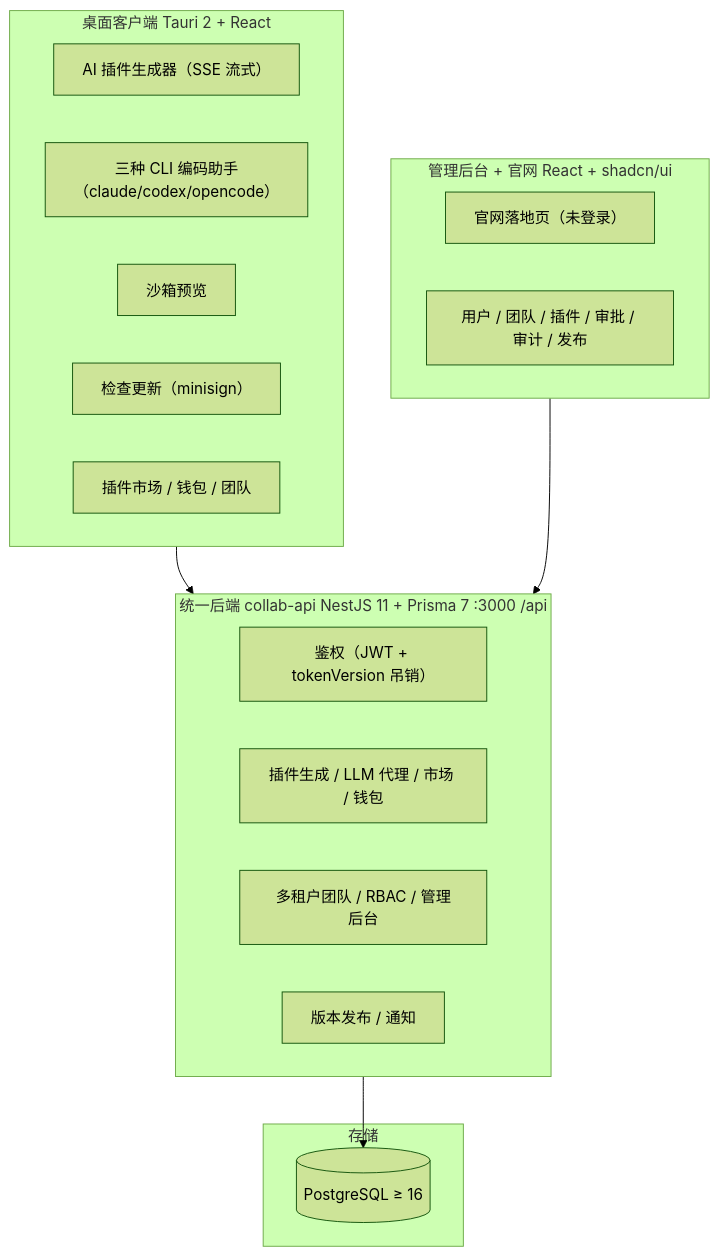
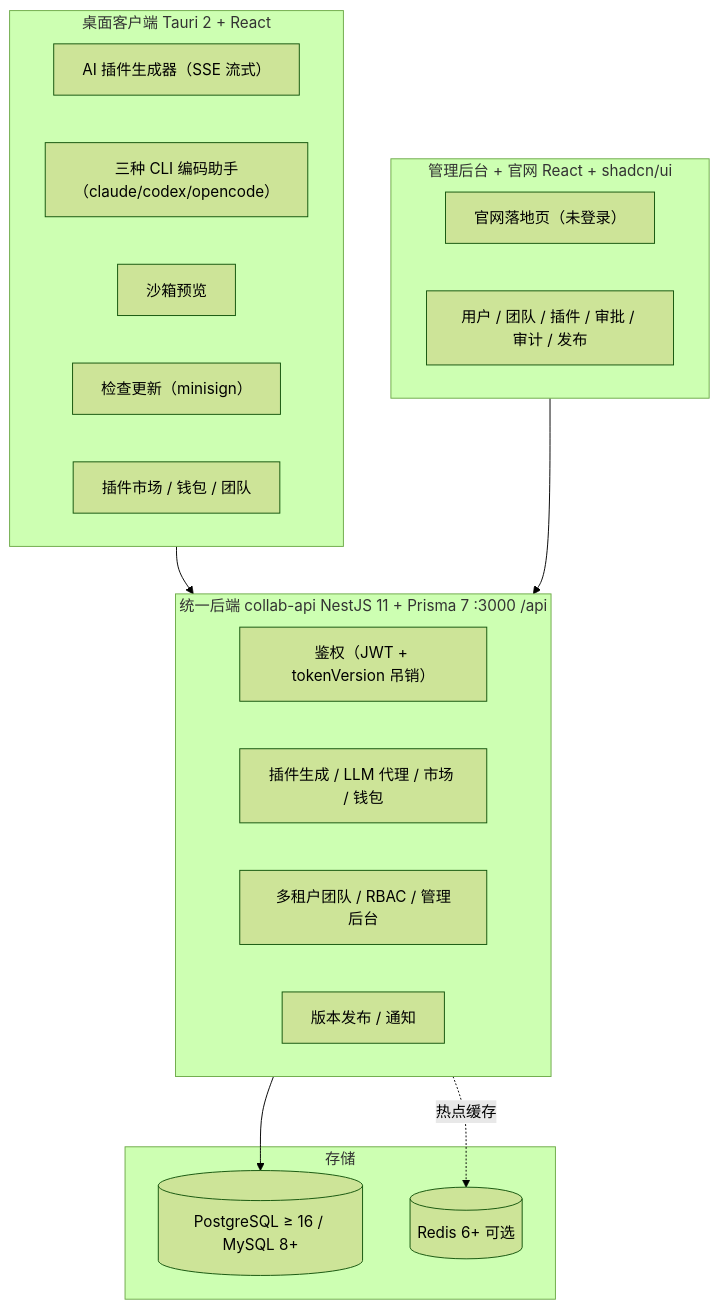
Before and after one commit to qiuuchan/lingfang-pan: the diagram in README.md, drawn with Mermaid (forest theme). The commit also changed other lines of this file and 34 other files, not shown here.

````diff
--- a/README.md
+++ b/README.md
@@ -112,30 +112,32 @@
 ```mermaid
 graph TB
     subgraph Desktop["桌面客户端 Tauri 2 + React"]
         Gen["AI 插件生成器（SSE 流式）"]
         Cli["三种 CLI 编码助手（claude/codex/opencode）"]
         Sandbox["沙箱预览"]
         Updater["检查更新（minisign）"]
         Market["插件市场 / 钱包 / 团队"]
     end
 
     subgraph Admin["管理后台 + 官网 React + shadcn/ui"]
         Landing["官网落地页（未登录）"]
         Back["用户 / 团队 / 插件 / 审批 / 审计 / 发布"]
     end
 
     subgraph API["统一后端 collab-api NestJS 11 + Prisma 7 :3000 /api"]
         Auth["鉴权（JWT + tokenVersion 吊销）"]
         Plugins["插件生成 / LLM 代理 / 市场 / 钱包"]
         Tenant["多租户团队 / RBAC / 管理后台"]
         Release["版本发布 / 通知"]
     end
 
     subgraph Store["存储"]
-        PG[("PostgreSQL ≥ 16")]
+        DB[("PostgreSQL ≥ 16 / MySQL 8+")]
+        Redis[("Redis 6+ 可选")]
     end
 
     Desktop --> API
     Admin --> API
-    API --> PG
+    API --> DB
+    API -.热点缓存.-> Redis
 ```
````
